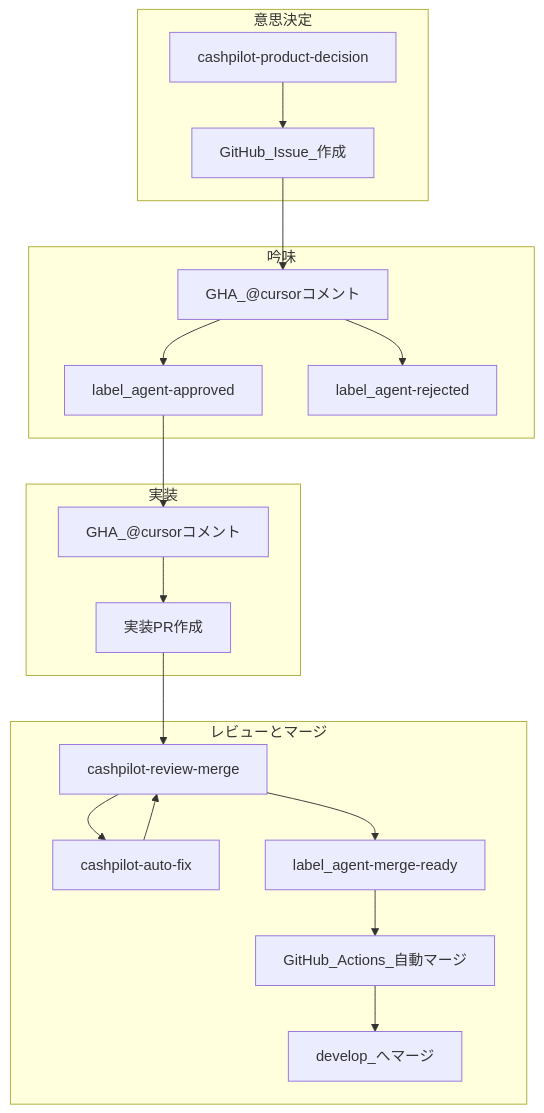
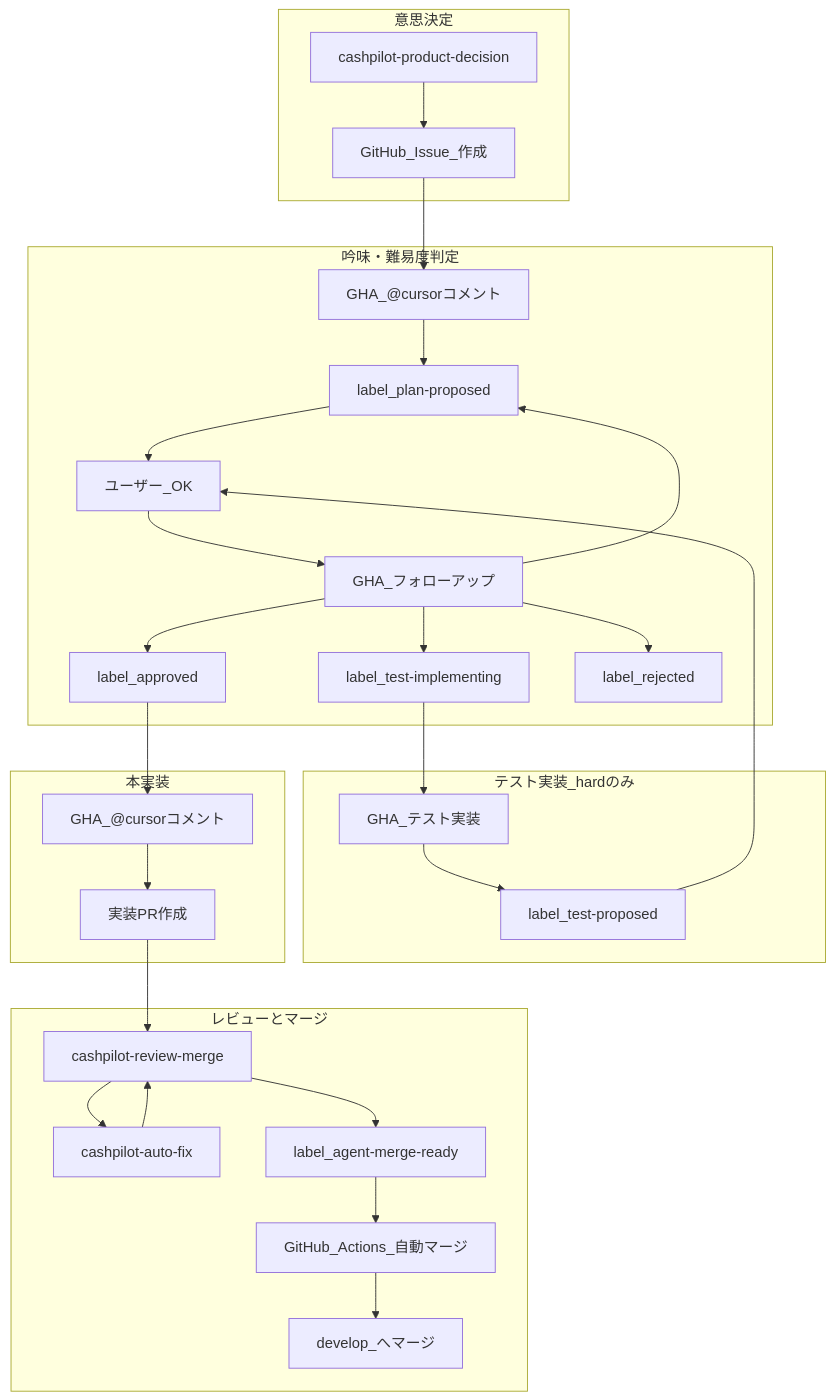
One commit to shohei-inoue/cashpilot changed the diagram in docs/cursor-automations/autonomous-org.md. Above: the diagram before and after it, drawn with Mermaid. The commit also changed other lines of this file and 9 other files, not shown here.

````diff
--- a/docs/cursor-automations/autonomous-org.md
+++ b/docs/cursor-automations/autonomous-org.md
@@ -8,31 +8,43 @@
 ```mermaid
 flowchart TB
     subgraph decision [意思決定]
         PD["cashpilot-product-decision"]
         PD --> Issue["GitHub_Issue_作成"]
     end
 
-    subgraph deliberation [吟味]
+    subgraph deliberation [吟味・難易度判定]
         GHA_DL["GHA_@cursorコメント"]
         Issue --> GHA_DL
-        GHA_DL --> LabelApproved["label_agent-approved"]
-        GHA_DL --> LabelRejected["label_agent-rejected"]
+        GHA_DL --> LabelPlan["label_plan-proposed"]
+        LabelPlan --> UserInput["ユーザー_OK"]
+        UserInput --> GHA_FU["GHA_フォローアップ"]
+        GHA_FU --> LabelApproved["label_approved"]
+        GHA_FU --> TestImpl["label_test-implementing"]
+        GHA_FU --> LabelPlan
+        GHA_FU --> LabelRejected["label_rejected"]
     end
 
-    subgraph implementation [実装]
+    subgraph testImpl [テスト実装_hardのみ]
+        GHA_TEST["GHA_テスト実装"]
+        TestImpl --> GHA_TEST
+        GHA_TEST --> LabelTestDone["label_test-proposed"]
+        LabelTestDone --> UserInput
+    end
+
+    subgraph implementation [本実装]
         GHA_IM["GHA_@cursorコメント"]
         LabelApproved --> GHA_IM
         GHA_IM --> PR["実装PR作成"]
     end
 
     subgraph reviewMerge [レビューとマージ]
         RM["cashpilot-review-merge"]
         AF["cashpilot-auto-fix"]
         PR --> RM
         RM --> AF
         AF --> RM
         RM --> MergeReady["label_agent-merge-ready"]
         MergeReady --> GHA["GitHub_Actions_自動マージ"]
         GHA --> Develop["develop_へマージ"]
     end
 ```
````
